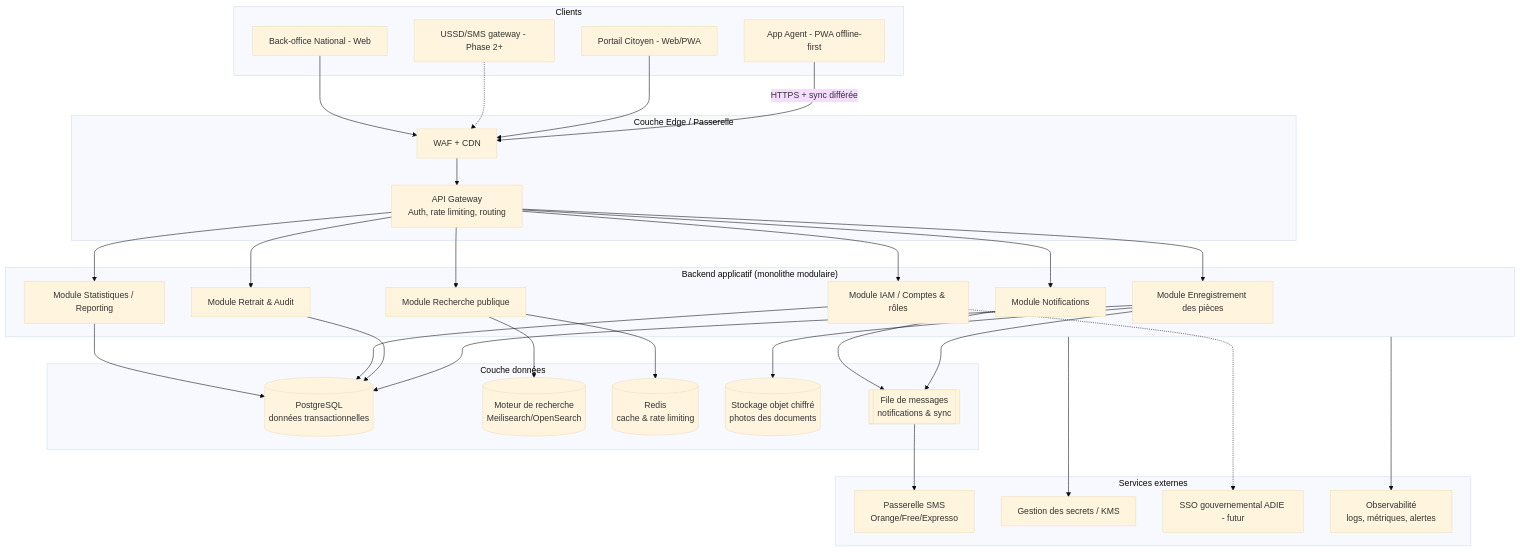
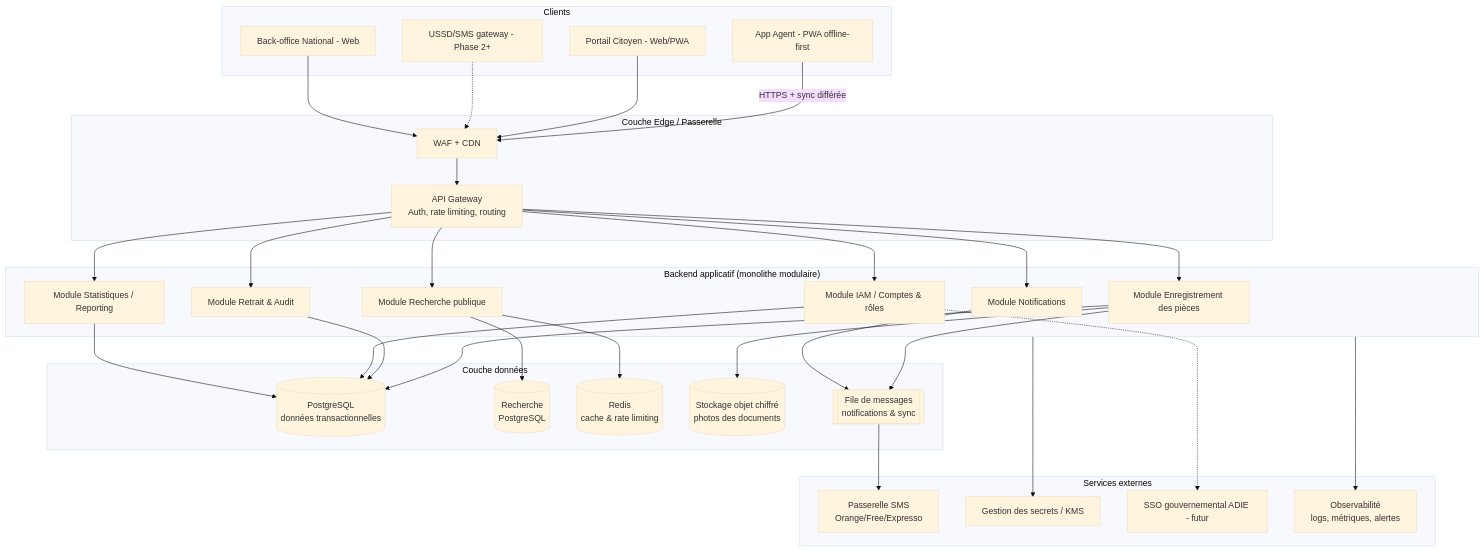
One commit to vincediegane/samapiece changed the third of 3 diagrams in PROJET-SAMAPIECE.md. Above: the diagram before and after it, drawn with Mermaid (base theme). The commit also changed other lines of this file and 25 other files, not shown here.

First line of the commit message:
refactor: supprimer Meilisearch, recherche publique directement sur PostgreSQL

````diff
--- a/PROJET-SAMAPIECE.md
+++ b/PROJET-SAMAPIECE.md
@@ -526,59 +526,59 @@
 ```mermaid
 flowchart TB
     subgraph Clients
         A1[App Agent - PWA offline-first]
         C1[Portail Citoyen - Web/PWA]
         C2[USSD/SMS gateway - Phase 2+]
         B1[Back-office National - Web]
     end
 
     subgraph Edge["Couche Edge / Passerelle"]
         WAF[WAF + CDN]
         APIGW[API Gateway<br/>Auth, rate limiting, routing]
     end
 
     subgraph App["Backend applicatif (monolithe modulaire)"]
         M1[Module Enregistrement des pièces]
         M2[Module Recherche publique]
         M3[Module Notifications]
         M4[Module Retrait & Audit]
         M5[Module IAM / Comptes & rôles]
         M6[Module Statistiques / Reporting]
     end
 
     subgraph Data["Couche données"]
         DB[(PostgreSQL<br/>données transactionnelles)]
-        SEARCH[(Moteur de recherche<br/>Meilisearch/OpenSearch)]
+        SEARCH[(Recherche<br/>PostgreSQL)]
         CACHE[(Redis<br/>cache & rate limiting)]
         OBJ[(Stockage objet chiffré<br/>photos des documents)]
         QUEUE[[File de messages<br/>notifications & sync]]
     end
 
     subgraph Ext["Services externes"]
         SMS[Passerelle SMS<br/>Orange/Free/Expresso]
         KMS[Gestion des secrets / KMS]
         SSO[SSO gouvernemental ADIE - futur]
         MONITOR[Observabilité<br/>logs, métriques, alertes]
     end
 
     A1 -->|HTTPS + sync différée| WAF
     C1 --> WAF
     C2 -.-> WAF
     B1 --> WAF
     WAF --> APIGW
     APIGW --> M1 & M2 & M3 & M4 & M5 & M6
 
     M1 --> DB
     M1 --> OBJ
     M1 --> QUEUE
     M2 --> SEARCH
     M2 --> CACHE
     M3 --> QUEUE
     QUEUE --> SMS
     M4 --> DB
     M5 --> DB
     M5 -.-> SSO
     M6 --> DB
     App --> KMS
     App --> MONITOR
 ```
````
